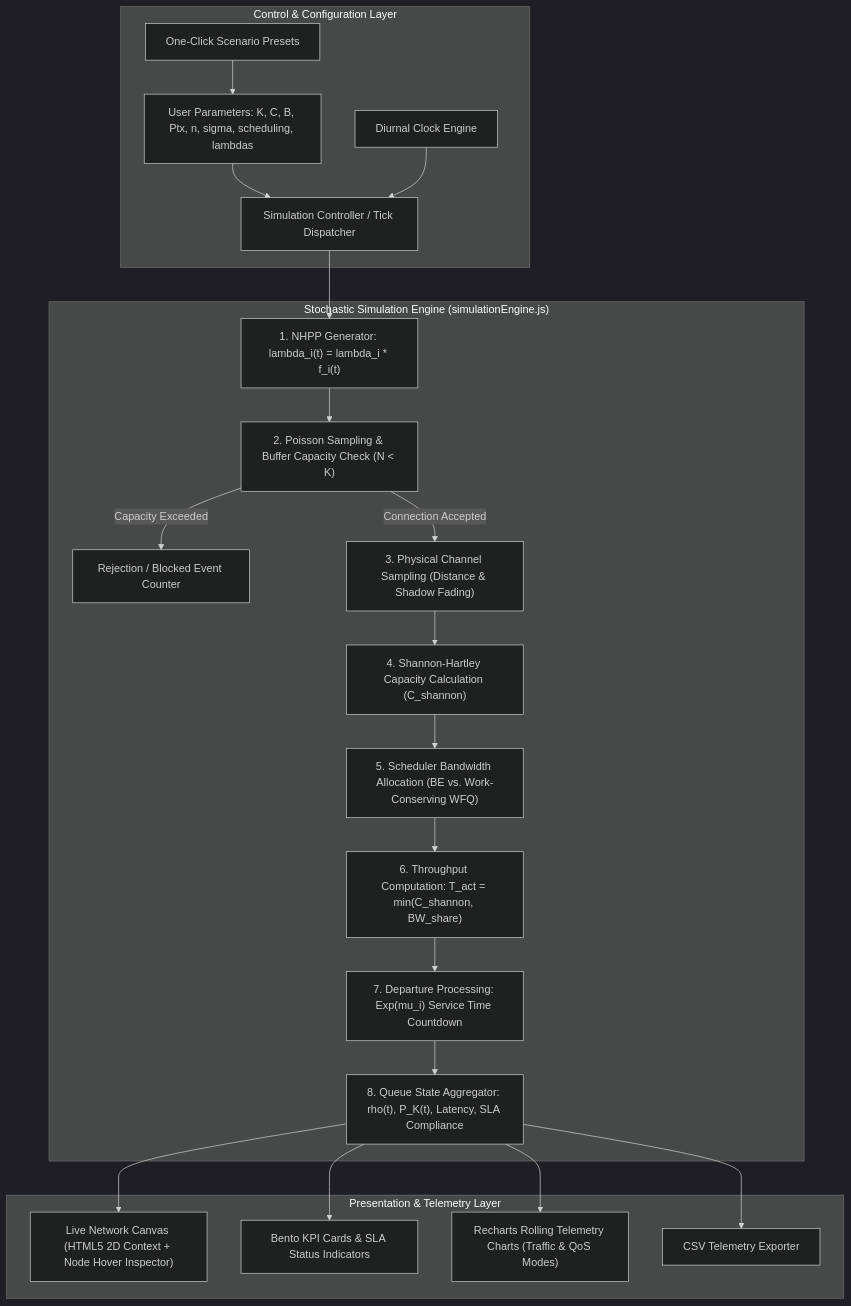
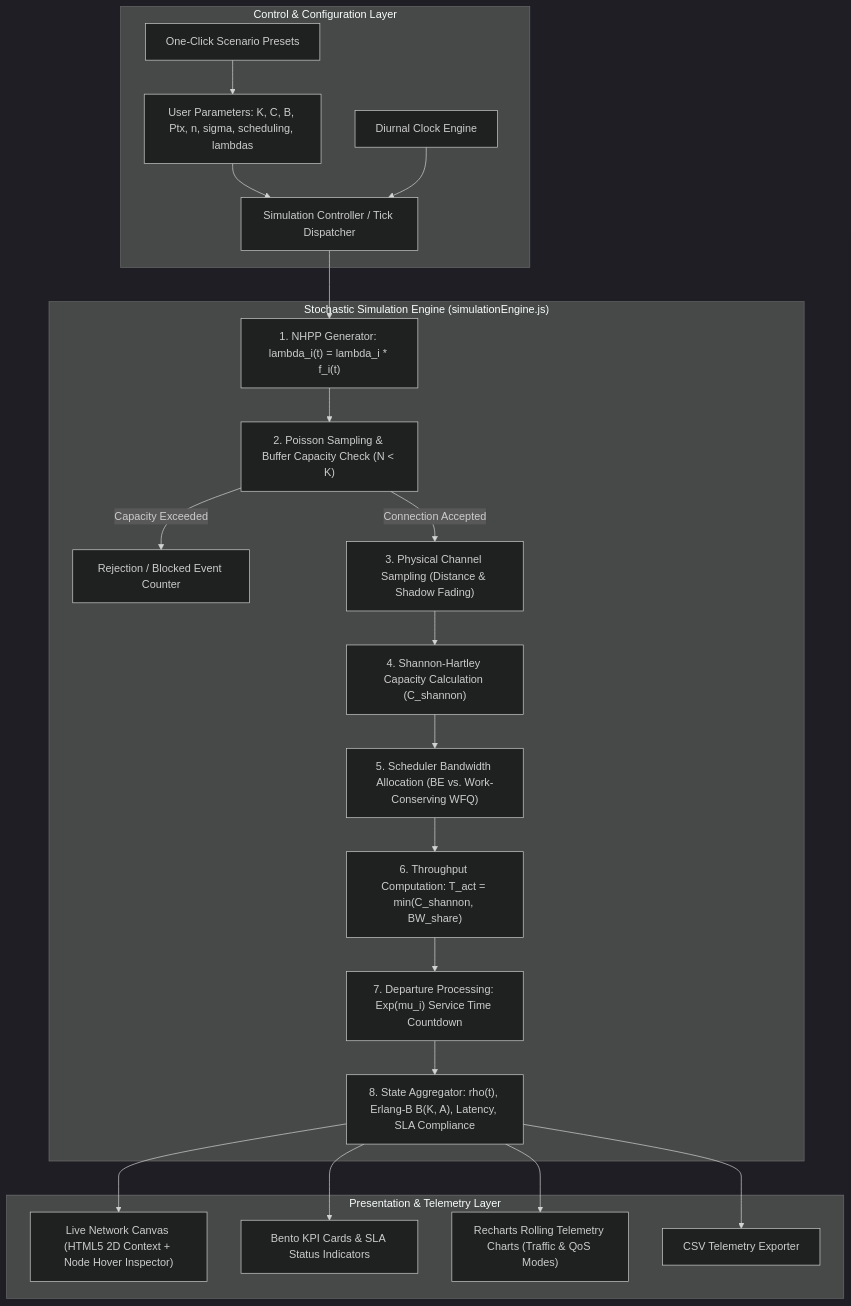
The diagram in README.md (nael0407/Wifi-Simulation), drawn with Mermaid (dark theme) before and after one commit. The commit also changed other lines of this file and 5 other files, not shown here.

````diff
--- a/README.md
+++ b/README.md
@@ -122,27 +122,27 @@
 ```mermaid
 flowchart TD
     subgraph UI_Controls ["Control & Configuration Layer"]
         A[User Parameters: K, C, B, Ptx, n, sigma, scheduling, lambdas] --> B[Simulation Controller / Tick Dispatcher]
         PRE[One-Click Scenario Presets] --> A
         TIME[Diurnal Clock Engine] --> B
     end
 
     subgraph Sim_Engine ["Stochastic Simulation Engine (simulationEngine.js)"]
         B --> C["1. NHPP Generator: lambda_i(t) = lambda_i * f_i(t)"]
         C --> D["2. Poisson Sampling & Buffer Capacity Check (N < K)"]
         D -->|Capacity Exceeded| BLK["Rejection / Blocked Event Counter"]
         D -->|Connection Accepted| E["3. Physical Channel Sampling (Distance & Shadow Fading)"]
         E --> F["4. Shannon-Hartley Capacity Calculation (C_shannon)"]
         F --> G["5. Scheduler Bandwidth Allocation (BE vs. Work-Conserving WFQ)"]
         G --> H["6. Throughput Computation: T_act = min(C_shannon, BW_share)"]
         H --> I["7. Departure Processing: Exp(mu_i) Service Time Countdown"]
-        I --> J["8. Queue State Aggregator: rho(t), P_K(t), Latency, SLA Compliance"]
+        I --> J["8. State Aggregator: rho(t), Erlang-B B(K, A), Latency, SLA Compliance"]
     end
 
     subgraph Presentation ["Presentation & Telemetry Layer"]
         J --> K["Live Network Canvas (HTML5 2D Context + Node Hover Inspector)"]
         J --> L["Bento KPI Cards & SLA Status Indicators"]
         J --> M["Recharts Rolling Telemetry Charts (Traffic & QoS Modes)"]
         J --> N["CSV Telemetry Exporter"]
     end
 ```
````
